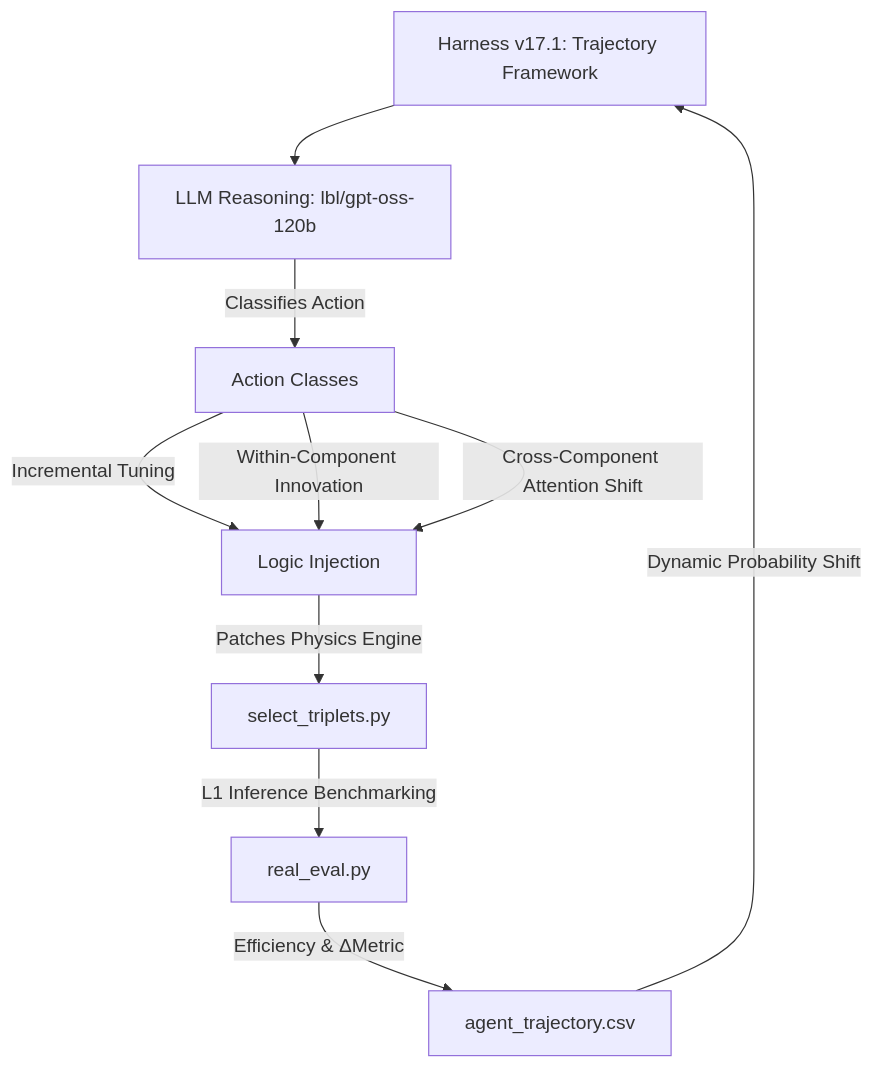
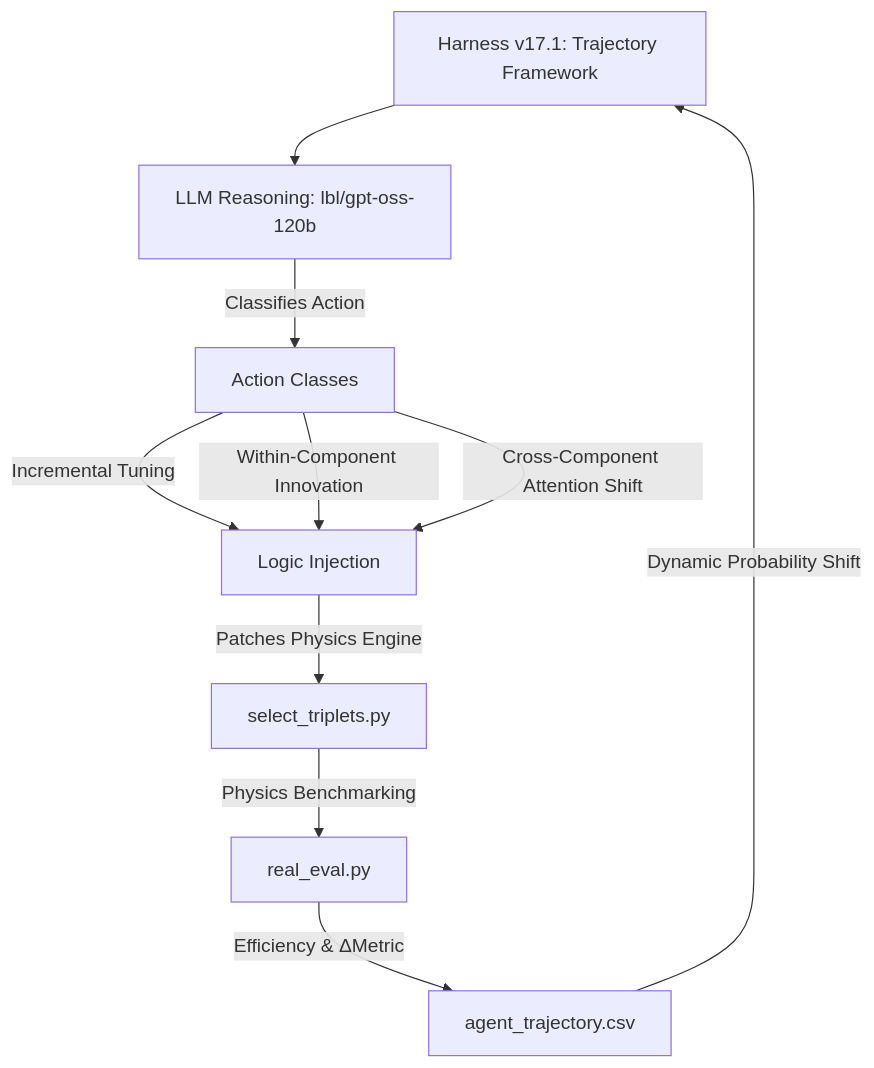
One commit to yellowchicken280/codex_topreconstruction changed the diagram in README.md. Above: the diagram before and after it, drawn with Mermaid. The commit also changed other lines of this file, not shown here.

Commit message:
docs: Remove L1/FPGA constraints and emphasize open-ended exploration of complex architectures (MLP/BDT).

````diff
--- a/README.md
+++ b/README.md
@@ -11,12 +11,12 @@
 ```mermaid
 graph TD
     A[Harness v17.1: Trajectory Framework] --> B[LLM Reasoning: lbl/gpt-oss-120b]
     B -->|Classifies Action| C[Action Classes]
     C -->|Incremental Tuning| D[Logic Injection]
     C -->|Within-Component Innovation| D
     C -->|Cross-Component Attention Shift| D
     D -->|Patches Physics Engine| E[select_triplets.py]
-    E -->|L1 Inference Benchmarking| F[real_eval.py]
+    E -->|Physics Benchmarking| F[real_eval.py]
     F -->|Efficiency & ΔMetric| G[agent_trajectory.csv]
     G -->|Dynamic Probability Shift| A
 ```
````
